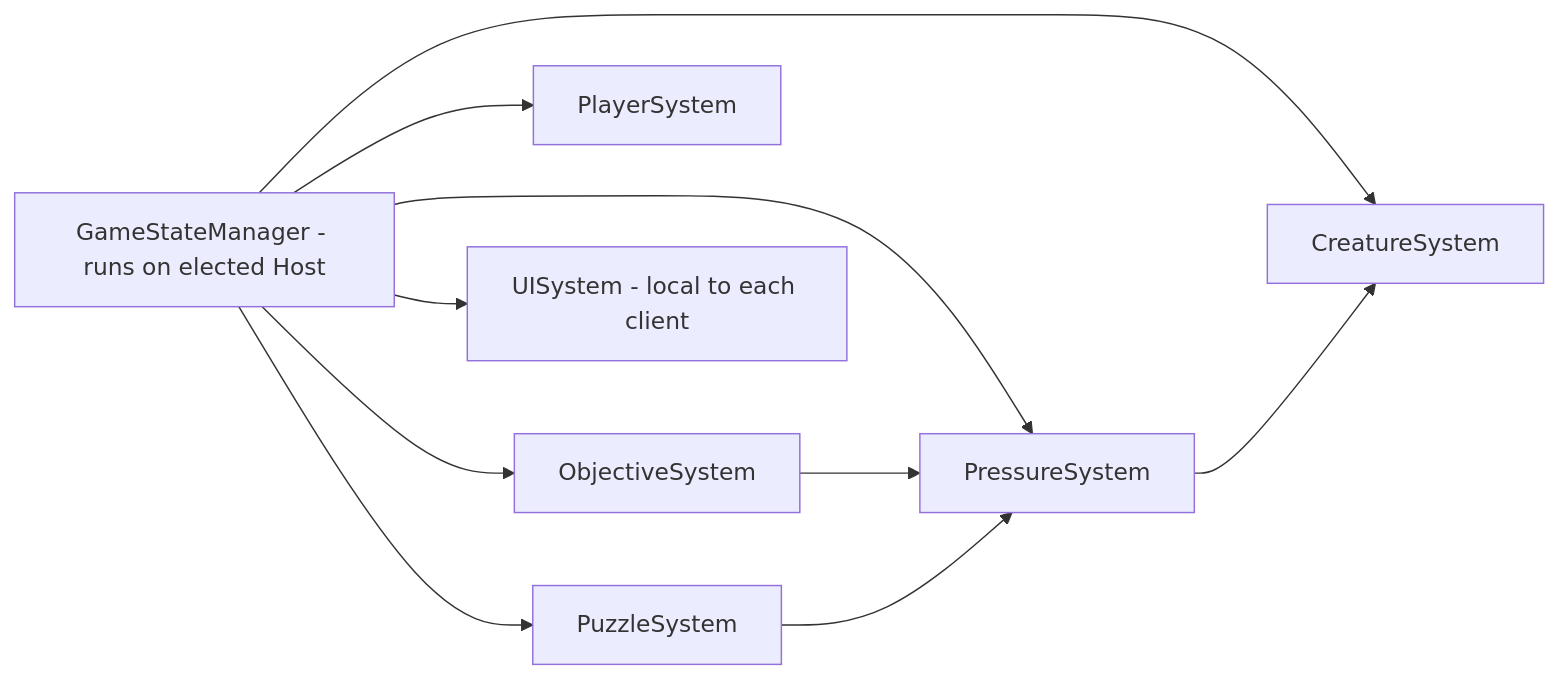
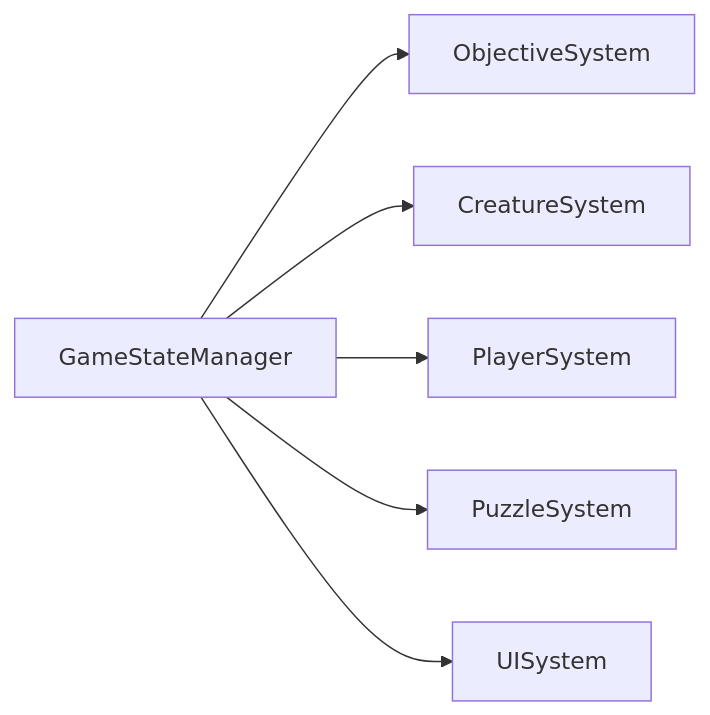
One commit to snehadpatel/QuestBit changed the second of 2 diagrams in Project-Echo/technical/Architecture.md. Above: the diagram before and after it, drawn with Mermaid. The commit also changed other lines of this file and 11 other files, not shown here.

Commit message:
docs(gdd): sync core gameplay, monster AI, objectives, and architecture design documents

````diff
--- a/Project-Echo/technical/Architecture.md
+++ b/Project-Echo/technical/Architecture.md
@@ -44,12 +44,8 @@
 ```mermaid
 flowchart LR
-    A[GameStateManager - runs on elected Host] --> B[ObjectiveSystem]
+    A[GameStateManager] --> B[ObjectiveSystem]
     A --> C[CreatureSystem]
     A --> D[PlayerSystem]
     A --> E[PuzzleSystem]
-    A --> G[PressureSystem]
-    A --> F[UISystem - local to each client]
-    B --> G
-    E --> G
-    G --> C
+    A --> F[UISystem]
 ```
````
